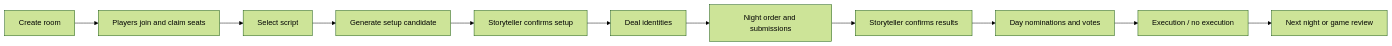
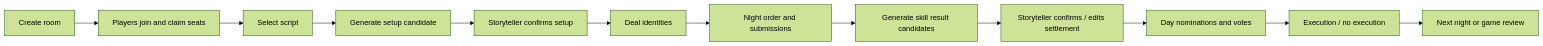
Before and after one commit to Olalall/botc-ai-storyteller-public: the diagram in README.md, drawn with Mermaid (forest theme). The commit also changed other lines of this file and 7 other files, not shown here.

Commit message:
Emphasize skill result settlement

````diff
--- a/README.md
+++ b/README.md
@@ -135,13 +135,14 @@
 ```mermaid
 flowchart LR
   A[Create room] --> B[Players join and claim seats]
   B --> C[Select script]
   C --> D[Generate setup candidate]
   D --> E[Storyteller confirms setup]
   E --> F[Deal identities]
   F --> G[Night order and submissions]
-  G --> H[Storyteller confirms results]
-  H --> I[Day nominations and votes]
-  I --> J[Execution / no execution]
-  J --> K[Next night or game review]
+  G --> H[Generate skill result candidates]
+  H --> I[Storyteller confirms / edits settlement]
+  I --> J[Day nominations and votes]
+  J --> K[Execution / no execution]
+  K --> L[Next night or game review]
 ```
````
